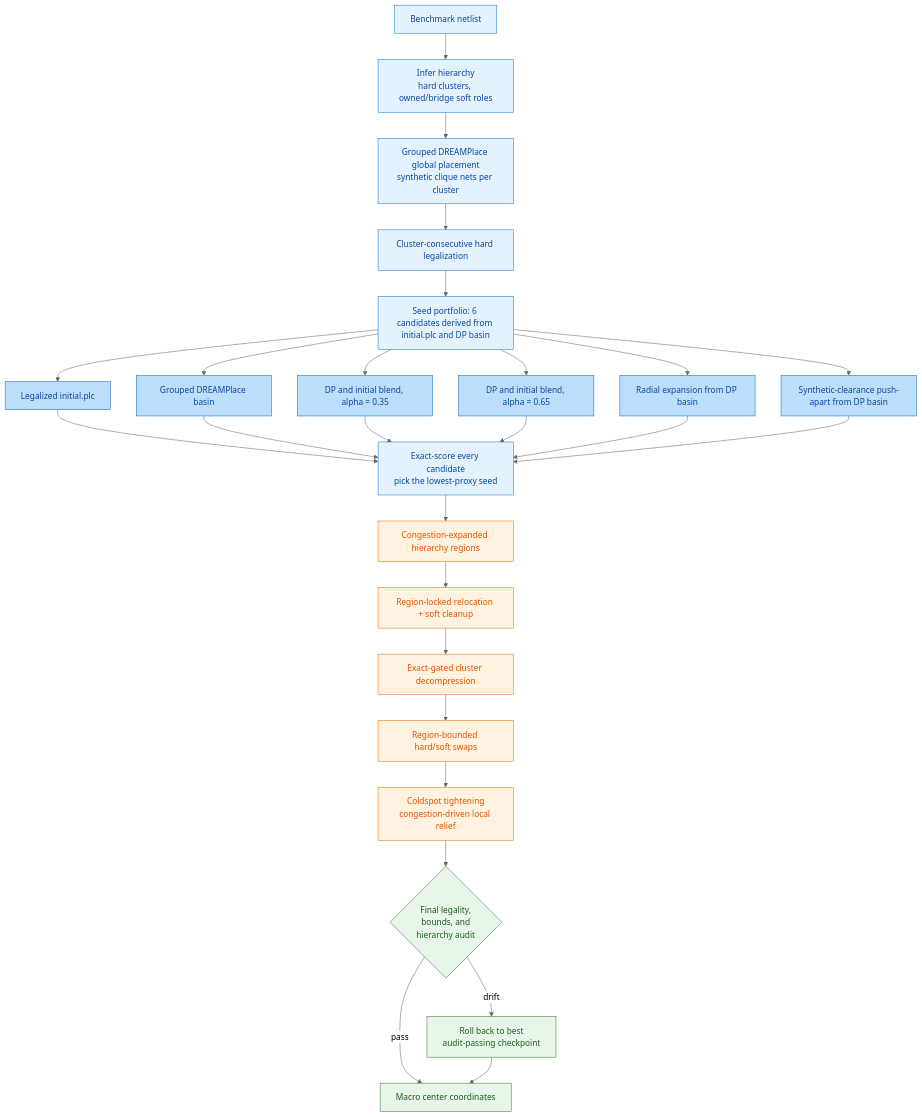
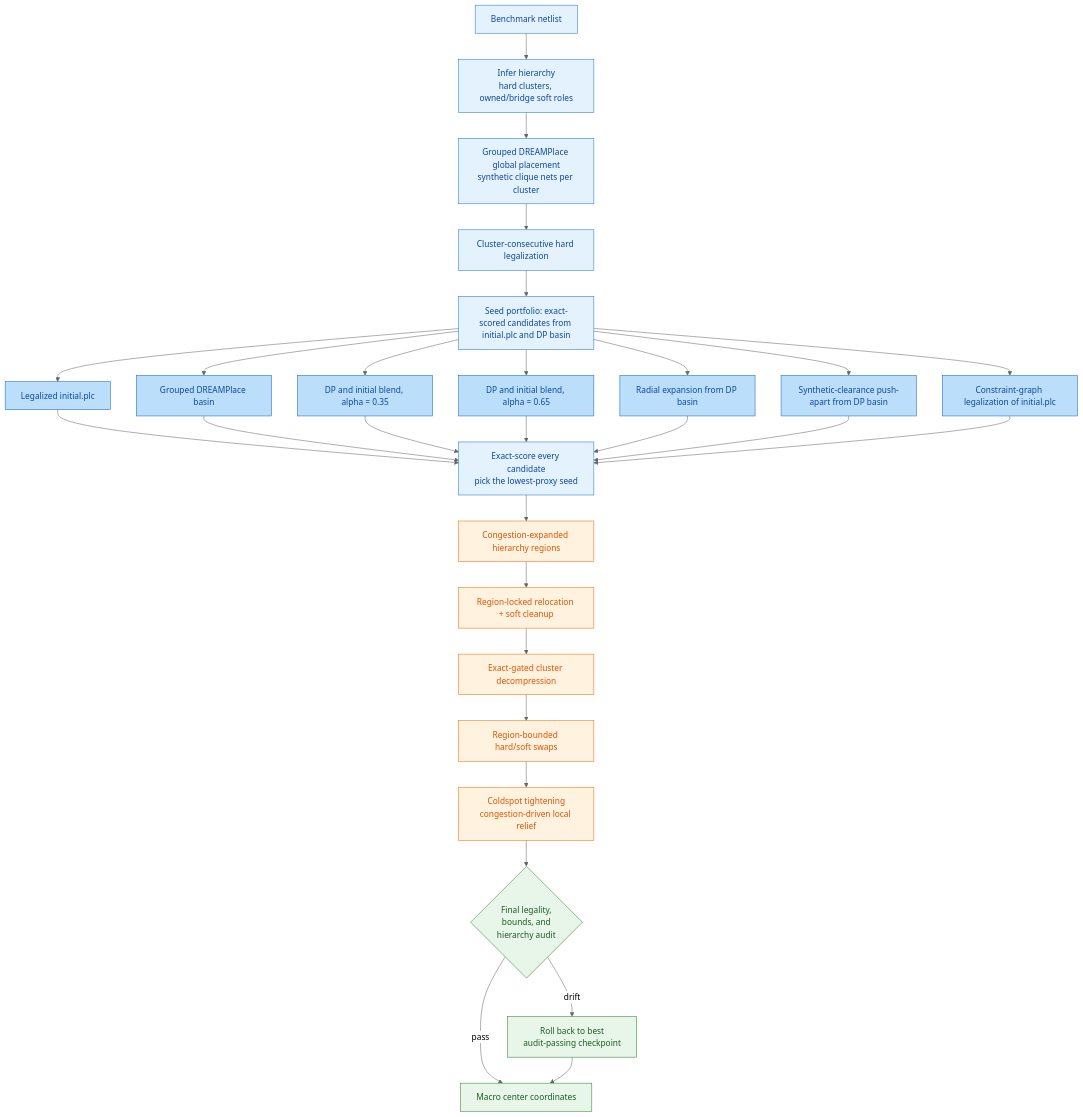
One commit to SameerSul/leetfm-macro-place-challenge-2026 changed the diagram in README.md. Above: the diagram before and after it, drawn with Mermaid (neutral theme). The commit also changed other lines of this file and 12 other files, not shown here.

Commit message:
Add exact batched hard-hard/hard-sfot macro scoring and a constraint-graph legalization module

````diff
--- a/README.md
+++ b/README.md
@@ -81,39 +81,41 @@
 ```mermaid
 flowchart TD
     A[Benchmark netlist] --> B[Infer hierarchy<br/>hard clusters, owned/bridge soft roles]
     B --> C[Grouped DREAMPlace global placement<br/>synthetic clique nets per cluster]
     C --> D[Cluster-consecutive hard legalization]
 
-    D --> P[Seed portfolio: 6 candidates derived from initial.plc and DP basin]
+    D --> P[Seed portfolio: exact-scored candidates from initial.plc and DP basin]
     P --> S0[Legalized initial.plc]
     P --> S1[Grouped DREAMPlace basin]
     P --> S2[DP and initial blend, alpha = 0.35]
     P --> S3[DP and initial blend, alpha = 0.65]
     P --> S4[Radial expansion from DP basin]
     P --> S5[Synthetic-clearance push-apart from DP basin]
+    P --> S6[Constraint-graph legalization of initial.plc]
     S0 --> E[Exact-score every candidate<br/>pick the lowest-proxy seed]
     S1 --> E
     S2 --> E
     S3 --> E
     S4 --> E
     S5 --> E
+    S6 --> E
 
     E --> F[Congestion-expanded hierarchy regions]
     F --> G[Region-locked relocation + soft cleanup]
     G --> H[Exact-gated cluster decompression]
     H --> I[Region-bounded hard/soft swaps]
     I --> J[Coldspot tightening<br/>congestion-driven local relief]
     J --> L{Final legality,<br/>bounds, and<br/>hierarchy audit}
     L -->|pass| M[Macro center coordinates]
     L -->|drift| N[Roll back to best<br/>audit-passing checkpoint]
     N --> M
 
     classDef seed fill:#e3f2fd,stroke:#1976d2,color:#0d47a1
     classDef cand fill:#bbdefb,stroke:#1565c0,color:#0d47a1
     classDef search fill:#fff3e0,stroke:#ef6c00,color:#e65100
     classDef audit fill:#e8f5e9,stroke:#2e7d32,color:#1b5e20
     class A,B,C,D,P,E seed
-    class S0,S1,S2,S3,S4,S5 cand
+    class S0,S1,S2,S3,S4,S5,S6 cand
     class F,G,H,I,J search
     class L,M,N audit
 ```
````
